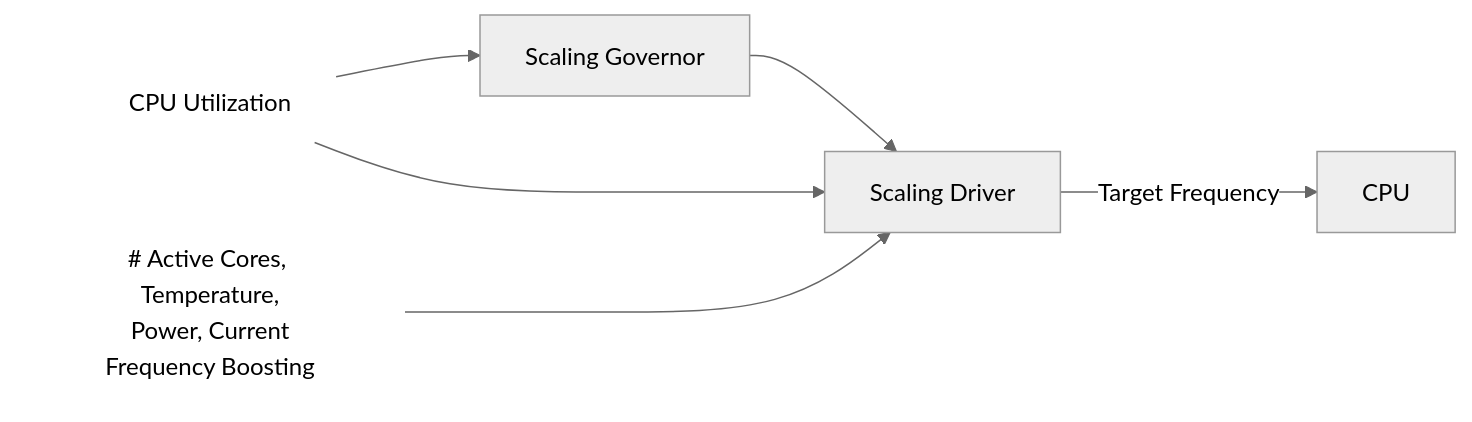
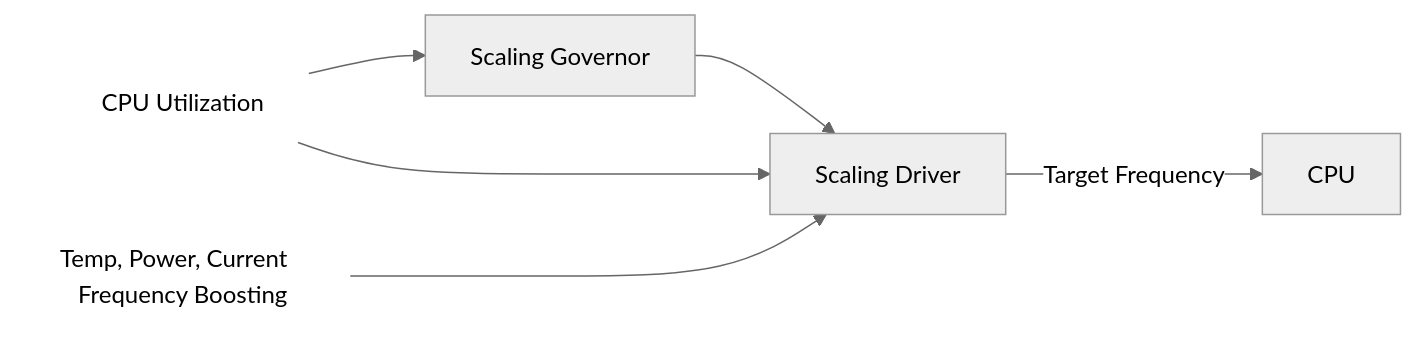
Before and after one commit to igoragoli/fosdem-2026-software-performance: the third of 4 diagrams in presentation.md, drawn with Mermaid. The commit also changed other lines of this file, not shown here.

Commit message:
improve dfs and smt exp flow

````diff
--- a/presentation.md
+++ b/presentation.md
@@ -423,13 +417,13 @@
 ```mermaid
 %%{init: {'theme': 'neutral'}}%%
 
 graph LR
     Load["CPU Utilization"] --> Gov["Scaling Governor"]
     Gov --> Driver["Scaling Driver"]
     Load --> Driver
-    Physical[# Active Cores, Temperature,<br>Power, Current<br>Frequency Boosting] ---> Driver
+    Physical[ Temp, Power, Current <br>Frequency Boosting] ---> Driver
     Driver -- "Target Frequency" --> CPU
 
     style Load fill:none,stroke:none
     style Physical fill:none,stroke:none
 ```
````
